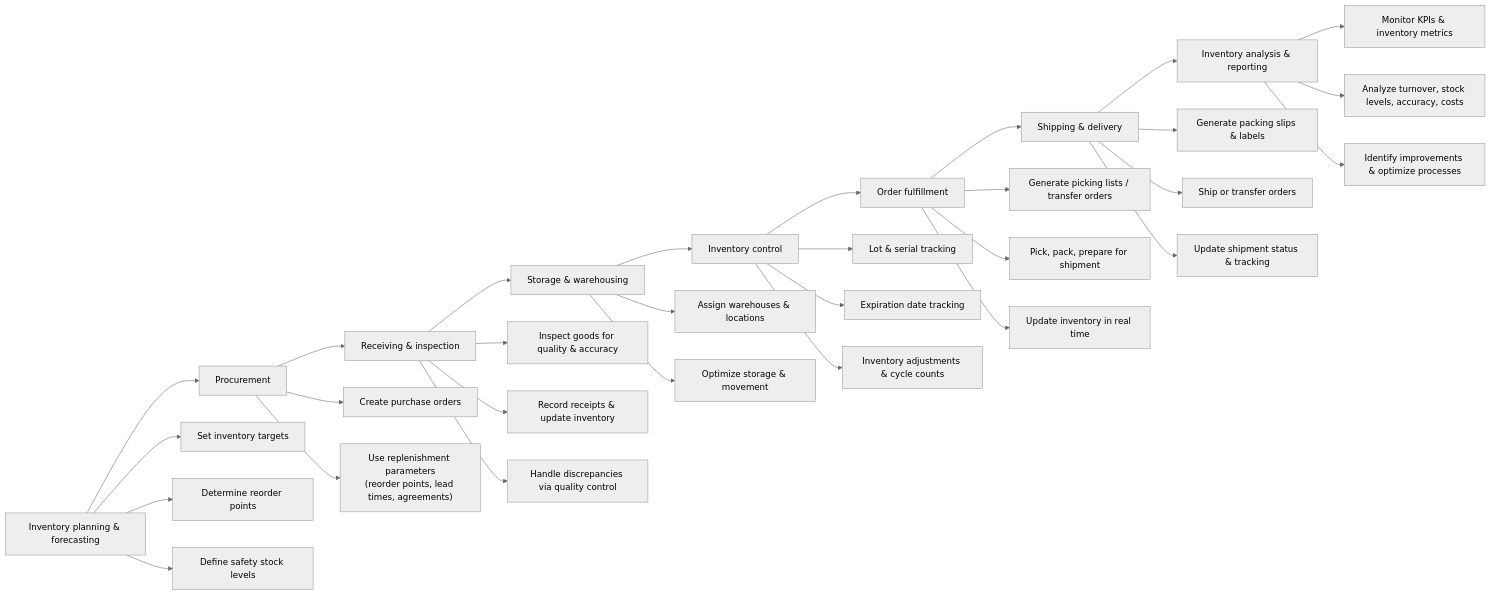
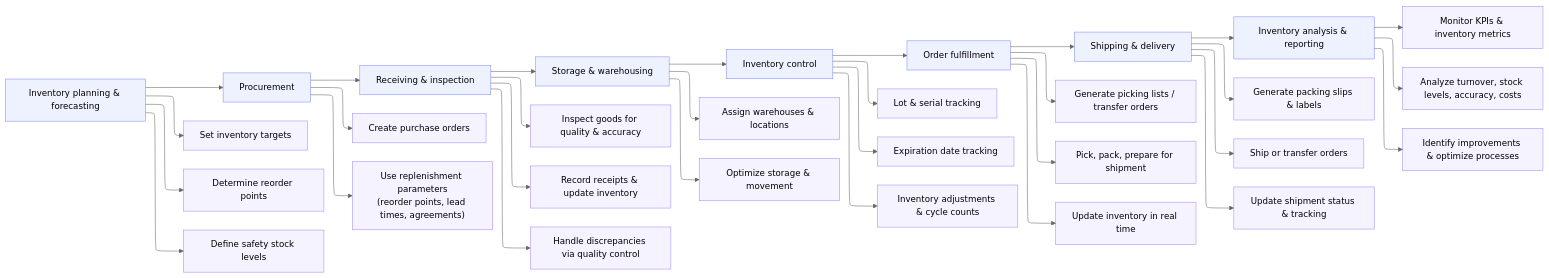
Before and after one commit to FabricProject161/fabric-learning: the second of 2 diagrams in docs/diagrams/supply chain/planning & operations/inventory management/README.md, drawn with Mermaid (neutral theme).

````diff
--- a/docs/diagrams/supply chain/planning & operations/inventory management/README.md
+++ b/docs/diagrams/supply chain/planning & operations/inventory management/README.md
@@ -27,40 +27,49 @@
 ```mermaid
+---
+config:
+  layout: elk
+---
 flowchart LR
     A[Inventory planning & forecasting] --> B[Procurement]
     B --> C[Receiving & inspection]
     C --> D[Storage & warehousing]
     D --> E[Inventory control]
     E --> F[Order fulfillment]
     F --> G[Shipping & delivery]
     G --> H[Inventory analysis & reporting]
 
     A --> A1[Set inventory targets]
     A --> A2[Determine reorder points]
     A --> A3[Define safety stock levels]
 
     B --> B1[Create purchase orders]
     B --> B2["Use replenishment parameters<br/>(reorder points, lead times, agreements)"]
 
     C --> C1[Inspect goods for quality & accuracy]
     C --> C2[Record receipts & update inventory]
     C --> C3[Handle discrepancies via quality control]
 
     D --> D1[Assign warehouses & locations]
     D --> D2[Optimize storage & movement]
 
     E --> E1[Lot & serial tracking]
     E --> E2[Expiration date tracking]
     E --> E3[Inventory adjustments & cycle counts]
 
     F --> F1[Generate picking lists / transfer orders]
     F --> F2[Pick, pack, prepare for shipment]
     F --> F3[Update inventory in real time]
 
     G --> G1[Generate packing slips & labels]
     G --> G2[Ship or transfer orders]
     G --> G3[Update shipment status & tracking]
 
     H --> H1[Monitor KPIs & inventory metrics]
     H --> H2[Analyze turnover, stock levels, accuracy, costs]
     H --> H3[Identify improvements & optimize processes]
+
+    classDef stageMain stroke:#818cf8,fill:#eef2ff
+    classDef stageDetail stroke:#a78bfa,fill:#f5f3ff
+    class A,B,C,D,E,F,G,H stageMain
+    class A1,A2,A3,B1,B2,C1,C2,C3,D1,D2,E1,E2,E3,F1,F2,F3,G1,G2,G3,H1,H2,H3 stageDetail
 ```
````
